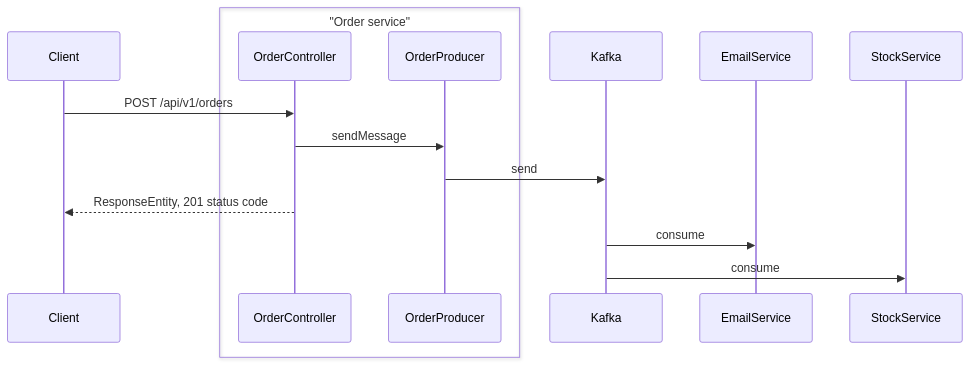
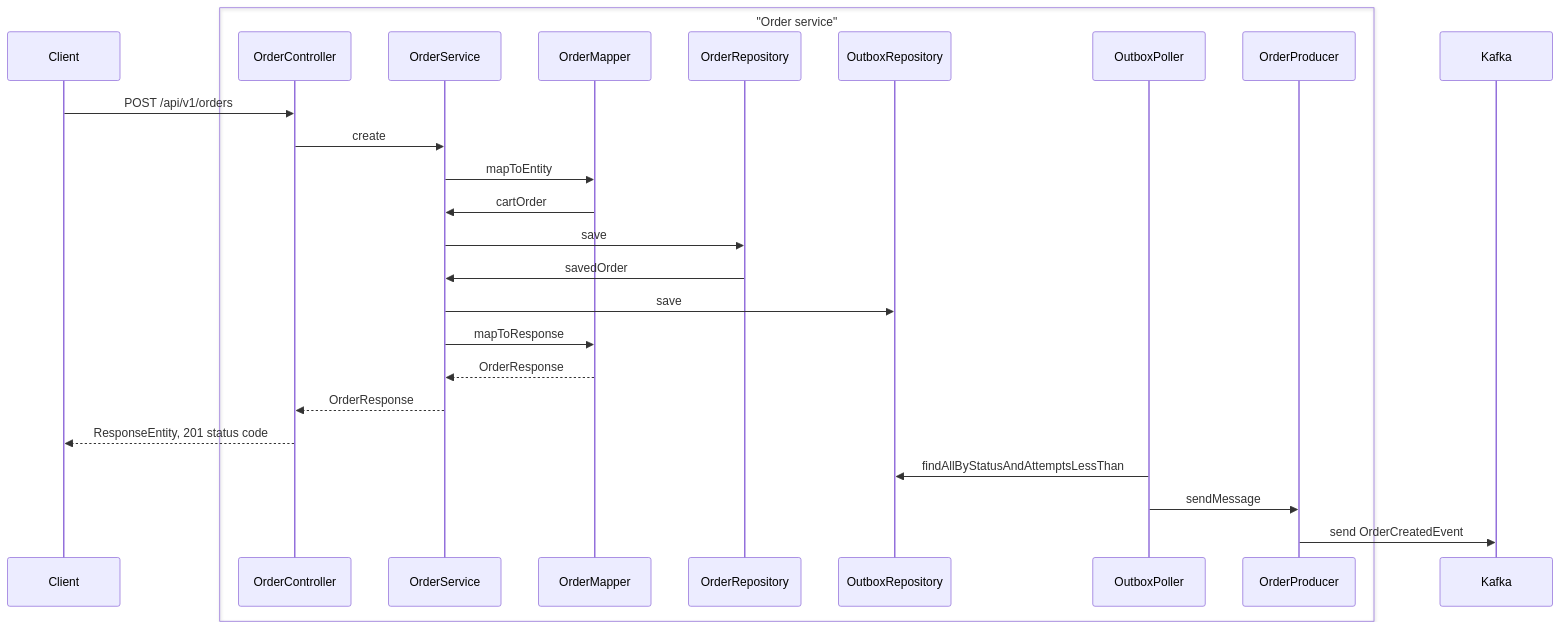
Before and after one commit to dkelly205/spring-boot-kafka-microservices: the first of 2 diagrams in README.md, drawn with Mermaid. The commit also changed other lines of this file, not shown here.

````diff
--- a/README.md
+++ b/README.md
@@ -18,18 +22,29 @@
 ```mermaid
 sequenceDiagram
   participant Client
   box "Order service"
     participant OrderController
+    participant OrderService
+    participant OrderMapper
+    participant OrderRepository
+    participant OutboxRepository
+    participant OutboxPoller
     participant OrderProducer
+   
   end
   participant Kafka
-  participant EmailService
-  participant StockService
   Client->>OrderController: POST /api/v1/orders
-  OrderController->>OrderProducer: sendMessage
-  OrderProducer->>Kafka: send
+  OrderController->>OrderService: create
+  OrderService->>OrderMapper: mapToEntity
+  OrderMapper->>OrderService: cartOrder
+  OrderService->>OrderRepository: save
+  OrderRepository->>OrderService: savedOrder
+  OrderService->>OutboxRepository: save
+  OrderService->>OrderMapper: mapToResponse
+  OrderMapper-->>OrderService: OrderResponse
+  OrderService-->>OrderController: OrderResponse
   OrderController-->>Client: ResponseEntity, 201 status code
-  Kafka->>EmailService: consume
-  Kafka->>StockService: consume
-
+  OutboxPoller->>OutboxRepository: findAllByStatusAndAttemptsLessThan
+  OutboxPoller->>OrderProducer: sendMessage
+  OrderProducer->>Kafka: send OrderCreatedEvent
 ```
````
